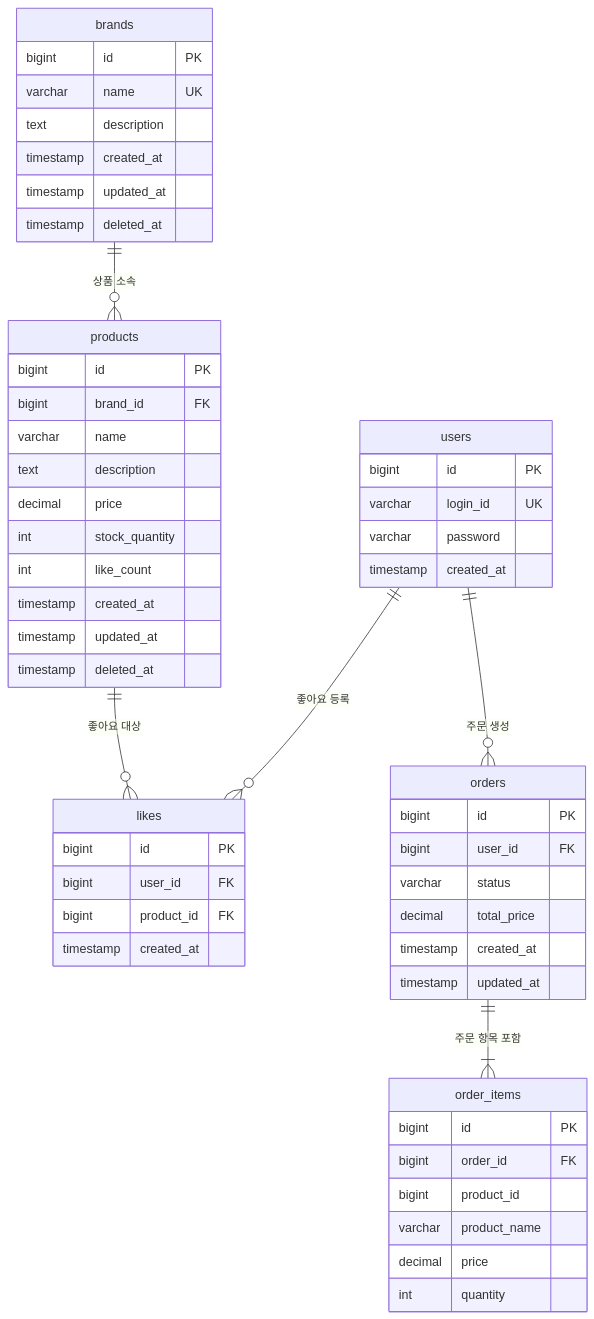
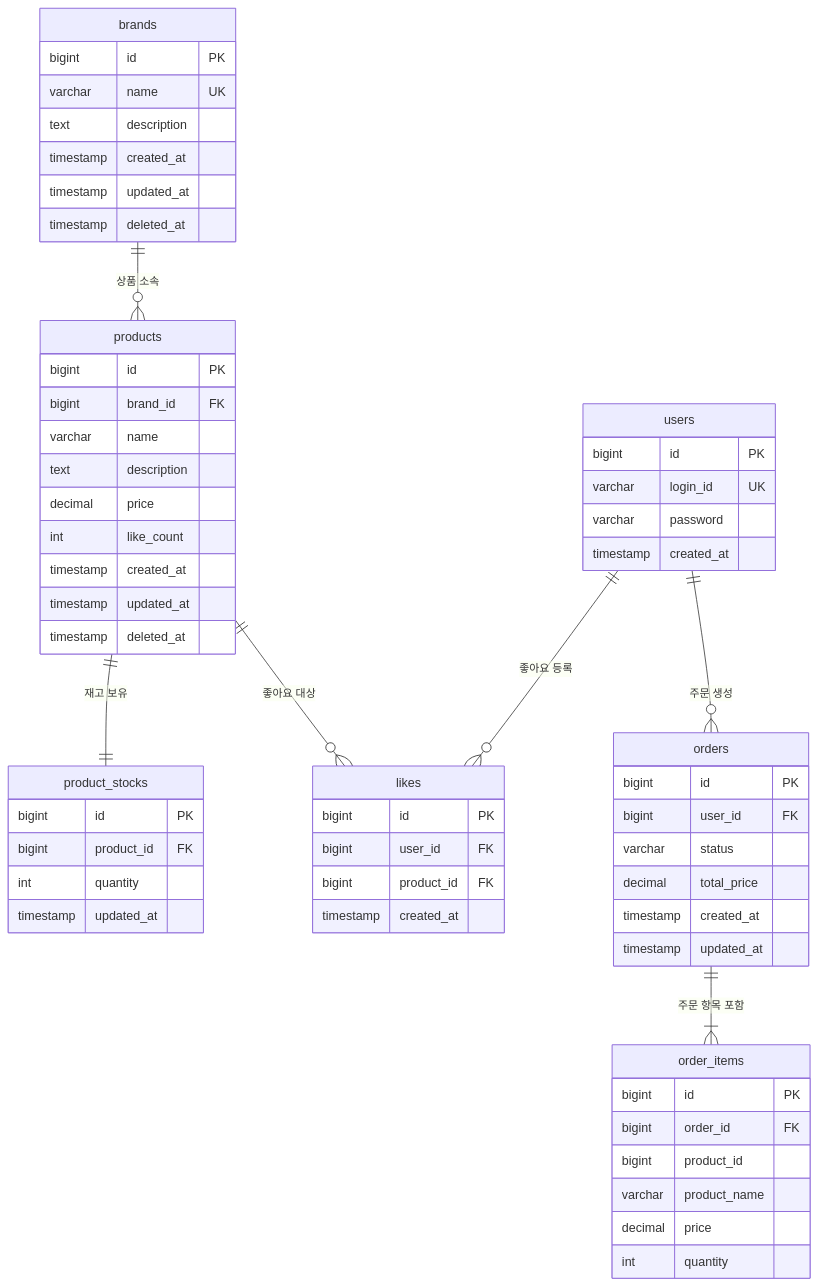
Before and after one commit to yeonjoo7/loop-pack-be-l2-vol4-kotlin: the diagram in docs/week2/04-erd.md, drawn with Mermaid. The commit also changed other lines of this file and 1 other file, not shown here.

First line of the commit message:
docs: extract stock into ProductStock domain

````diff
--- a/docs/week2/04-erd.md
+++ b/docs/week2/04-erd.md
@@ -15,62 +15,69 @@
 ```mermaid
 erDiagram
     users {
         bigint id PK
         varchar login_id UK
         varchar password
         timestamp created_at
     }
 
     brands {
         bigint id PK
         varchar name UK
         text description
         timestamp created_at
         timestamp updated_at
         timestamp deleted_at
     }
 
     products {
         bigint id PK
         bigint brand_id FK
         varchar name
         text description
         decimal price
-        int stock_quantity
         int like_count
         timestamp created_at
         timestamp updated_at
         timestamp deleted_at
+    }
+
+    product_stocks {
+        bigint id PK
+        bigint product_id FK
+        int quantity
+        timestamp updated_at
     }
 
     likes {
         bigint id PK
         bigint user_id FK
         bigint product_id FK
         timestamp created_at
     }
 
     orders {
         bigint id PK
         bigint user_id FK
         varchar status
         decimal total_price
         timestamp created_at
         timestamp updated_at
     }
 
     order_items {
         bigint id PK
         bigint order_id FK
         bigint product_id
         varchar product_name
         decimal price
         int quantity
     }
 
     users ||--o{ likes : "좋아요 등록"
     users ||--o{ orders : "주문 생성"
     brands ||--o{ products : "상품 소속"
+    products ||--|| product_stocks : "재고 보유"
     products ||--o{ likes : "좋아요 대상"
     orders ||--|{ order_items : "주문 항목 포함"
 ```
````
